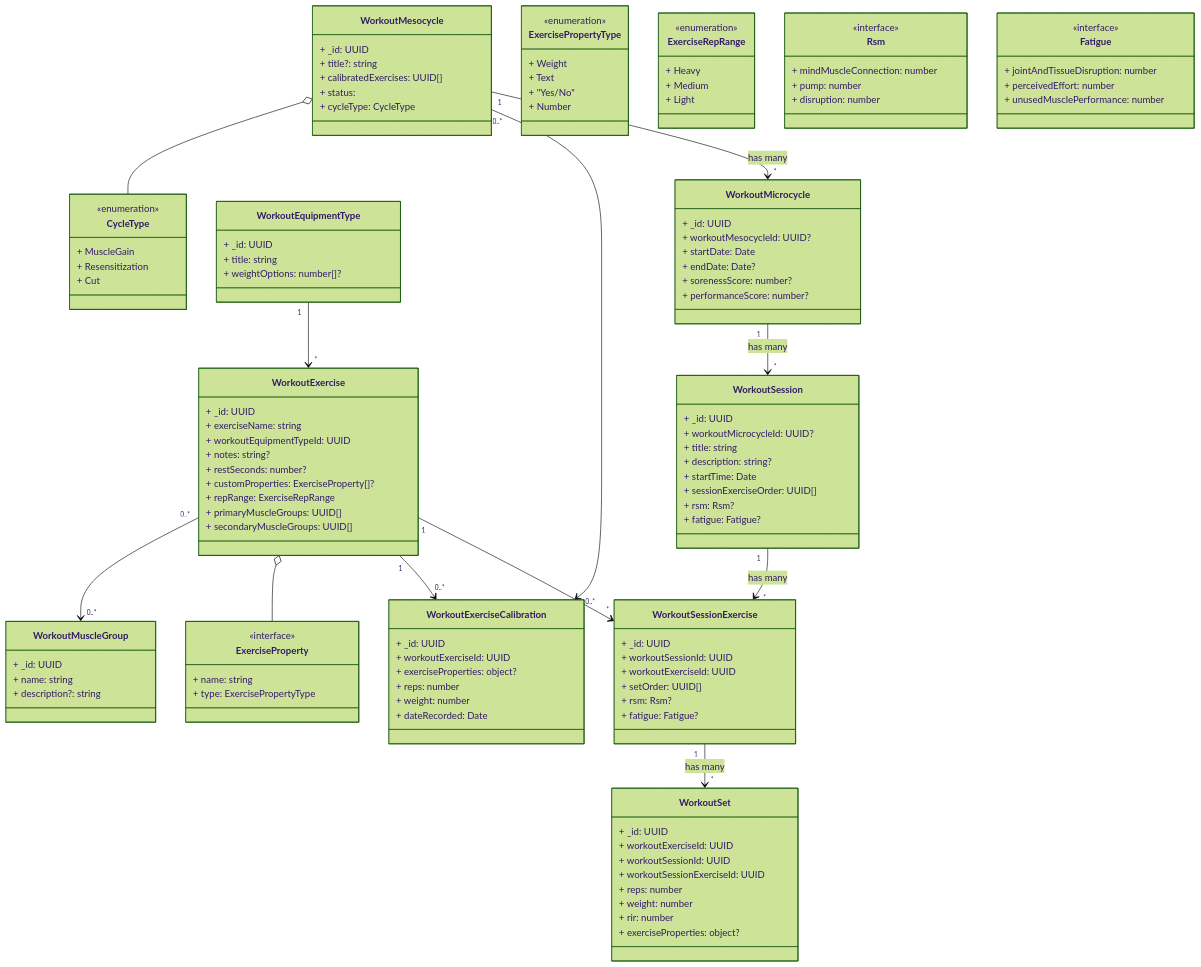
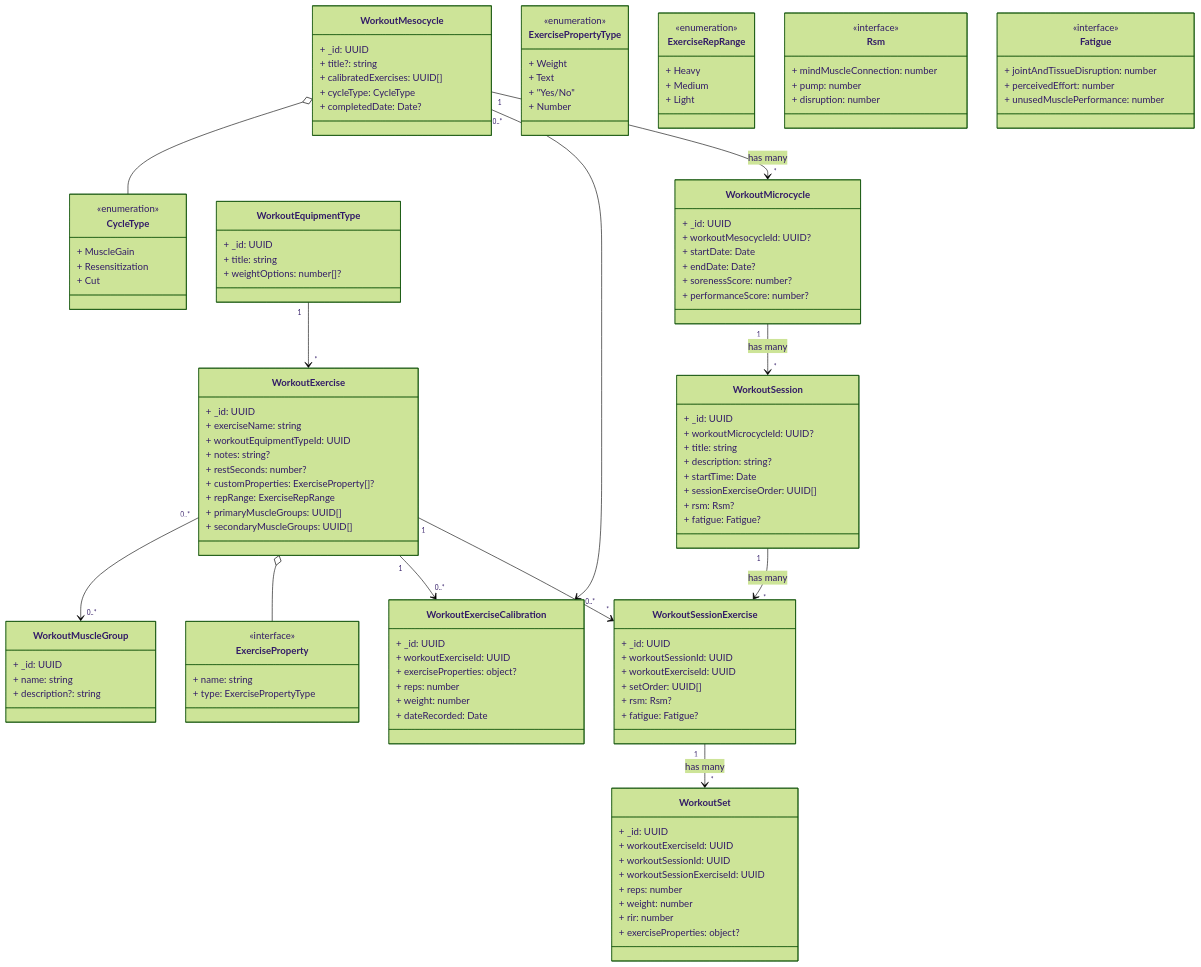
Before and after one commit to aneuhold/ts-libs: the first of 2 diagrams in packages/core-ts-db-lib/src/documents/dashboard/workouts/workouts.md, drawn with Mermaid (forest theme). The commit also changed other lines of this file, not shown here.

Commit message:
Add completedDate

```diff
--- a/packages/core-ts-db-lib/src/documents/dashboard/workouts/workouts.md
+++ b/packages/core-ts-db-lib/src/documents/dashboard/workouts/workouts.md
@@ -8,8 +8,8 @@
     + _id: UUID
     + title?: string
     + calibratedExercises: UUID[]
-    + status:
     + cycleType: CycleType
+    + completedDate: Date?
   }
 
   class WorkoutMicrocycle {
```
